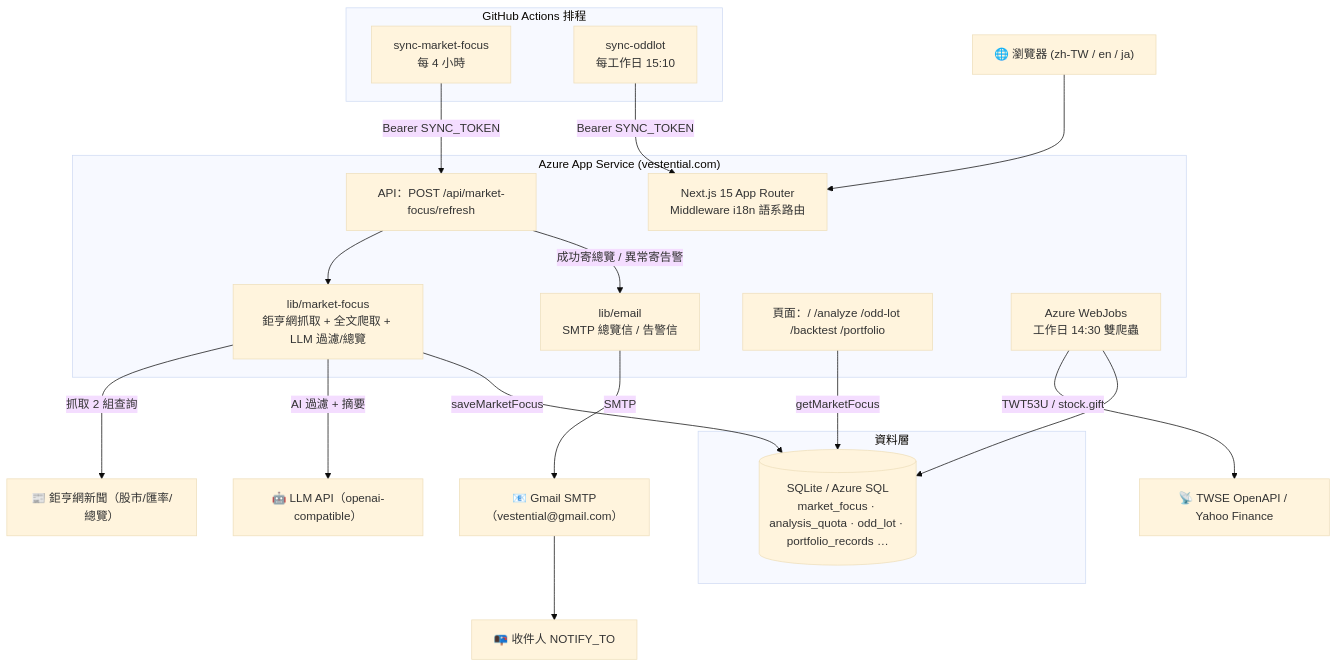
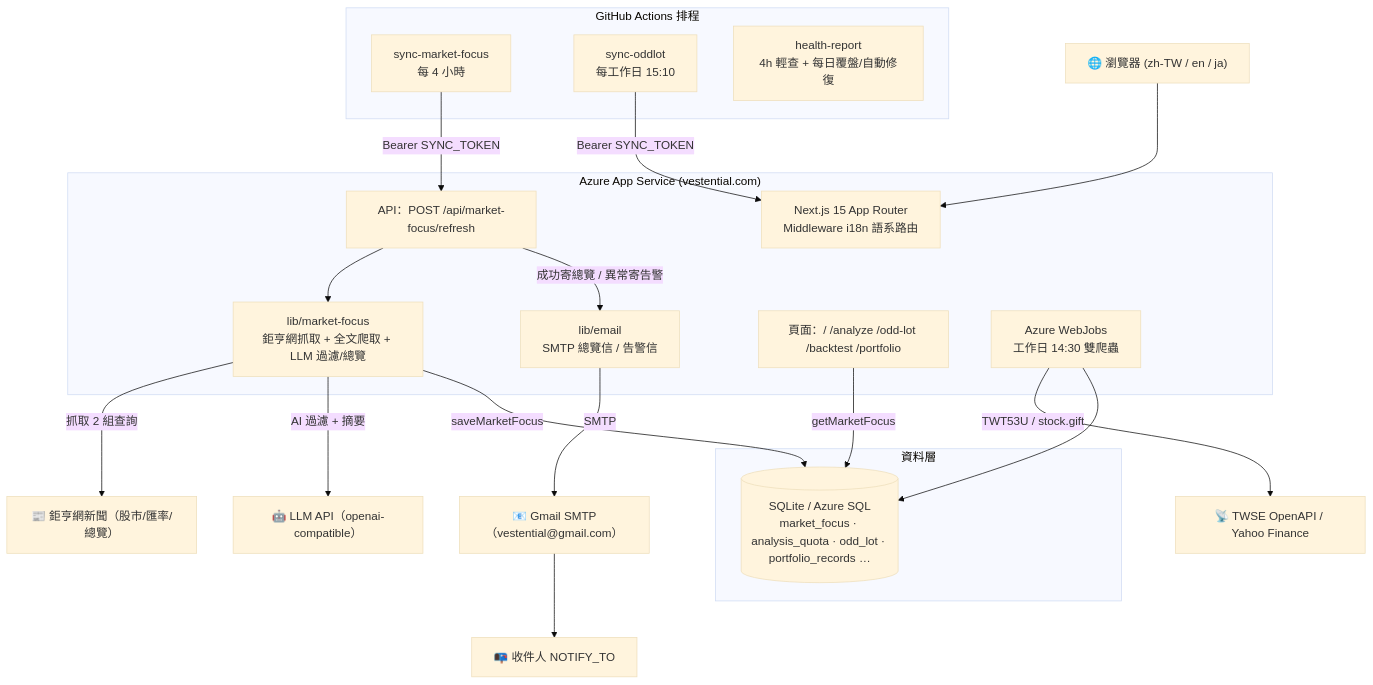
The diagram in README.md (YozoraRoy/vestential), drawn with Mermaid (base theme) before and after one commit. The commit also changed other lines of this file and 5 other files, not shown here.

Commit message:
feat(web): health check endpoint + auto-repair + sendHealthAlert + health-report workflow

````diff
--- a/README.md
+++ b/README.md
@@ -151,42 +170,43 @@
 ```mermaid
 flowchart TB
     Browser["🌐 瀏覽器 (zh-TW / en / ja)"]
 
     subgraph Actions["GitHub Actions 排程"]
         MF_Cron["sync-market-focus<br/>每 4 小時"]
         ODD_Cron["sync-oddlot<br/>每工作日 15:10"]
+        HCFix["health-report<br/>4h 輕查 + 每日覆盤/自動修復"]
     end
 
     subgraph Az["Azure App Service (vestential.com)"]
         Next["Next.js 15 App Router<br/>Middleware i18n 語系路由"]
         MF_Lib["lib/market-focus<br/>鉅亨網抓取 + 全文爬取 + LLM 過濾/總覽"]
         MF_API["API：POST /api/market-focus/refresh"]
         Notify["lib/email<br/>SMTP 總覽信 / 告警信"]
         Pages["頁面：/ /analyze /odd-lot /backtest /portfolio"]
         WebJob["Azure WebJobs<br/>工作日 14:30 雙爬蟲"]
     end
 
     subgraph Data["資料層"]
         DB[("SQLite / Azure SQL<br/>market_focus · analysis_quota · odd_lot · portfolio_records …")]
     end
 
     GNews["📰 鉅亨網新聞（股市/匯率/總覽）"]
     LLM["🤖 LLM API（openai-compatible）"]
     MarketData["📡 TWSE OpenAPI / Yahoo Finance"]
     Gmail["📧 Gmail SMTP（vestential@gmail.com）"]
     Recipient["📭 收件人 NOTIFY_TO"]
 
     Browser --> Next
     MF_Cron -->|Bearer SYNC_TOKEN| MF_API
     ODD_Cron -->|Bearer SYNC_TOKEN| Next
     MF_API --> MF_Lib
     MF_API -->|成功寄總覽 / 異常寄告警| Notify
     MF_Lib -->|抓取 2 組查詢| GNews
     MF_Lib -->|AI 過濾 + 摘要| LLM
     MF_Lib -->|saveMarketFocus| DB
     Pages -->|getMarketFocus| DB
     WebJob -->|TWT53U / stock.gift| MarketData
     WebJob --> DB
     Notify -->|SMTP| Gmail
     Gmail --> Recipient
 ```
````
